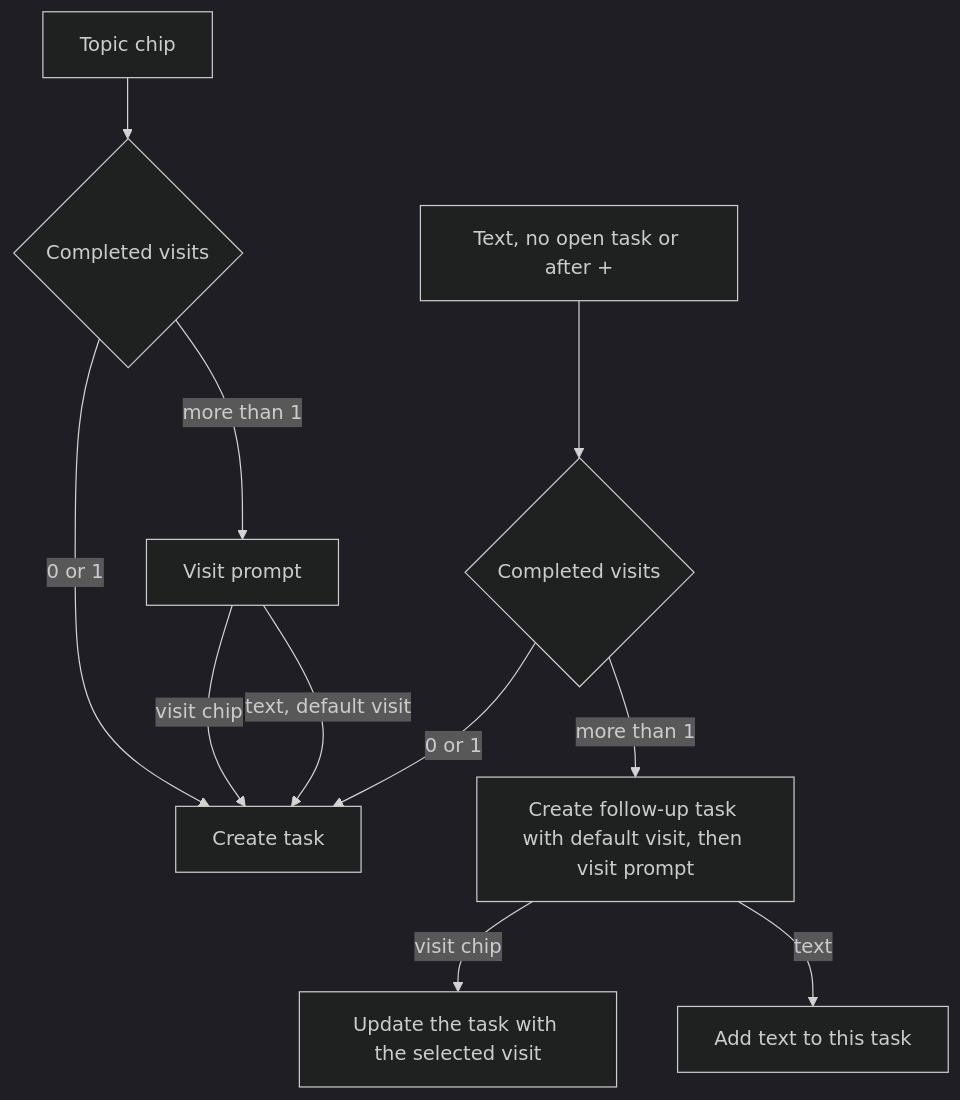
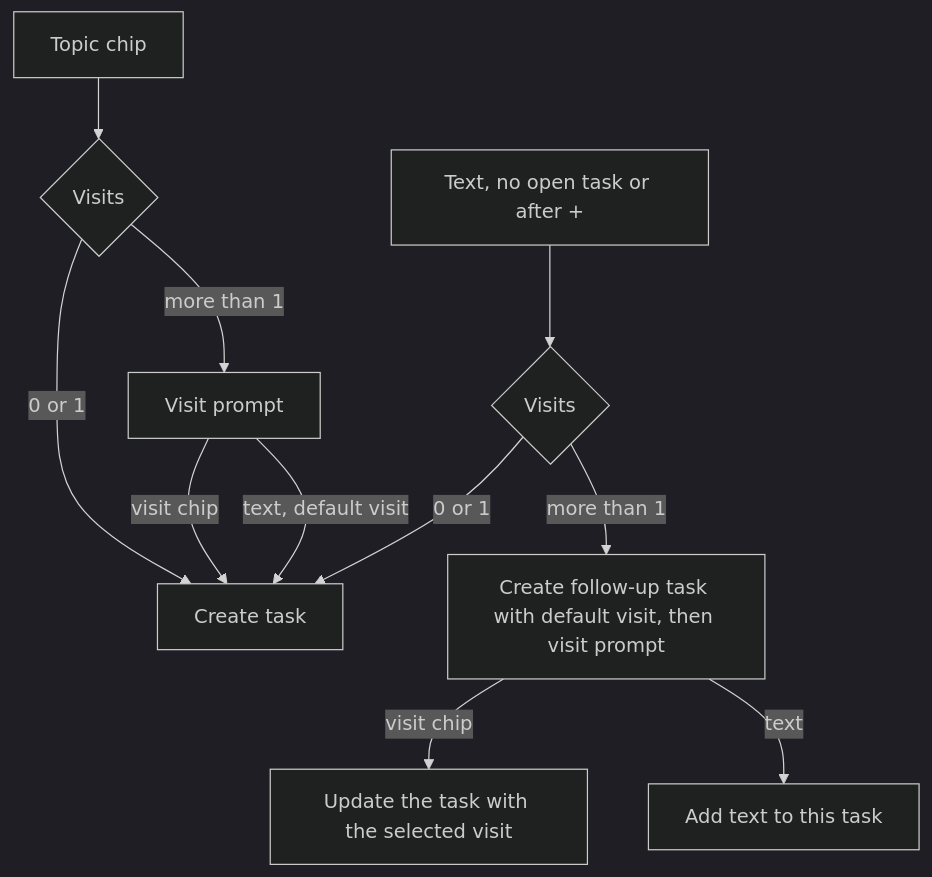
The second of 2 diagrams in docs/patient-requests-support-chat.md (masslight/ottehr), drawn with Mermaid (dark theme) before and after one commit. The commit also changed other lines of this file and 1 other file, not shown here.

Commit message:
feat(support-chat): offer visits in different status

````diff
--- a/docs/patient-requests-support-chat.md
+++ b/docs/patient-requests-support-chat.md
@@ -89,13 +90,13 @@
 ```mermaid
 flowchart TD
-  T[Topic chip] --> TV{Completed visits}
+  T[Topic chip] --> TV{Visits}
   TV -->|0 or 1| C[Create task]
   TV -->|more than 1| TP[Visit prompt]
   TP -->|visit chip| C
   TP -->|text, default visit| C
-  F[Text, no open task or after +] --> FV{Completed visits}
+  F[Text, no open task or after +] --> FV{Visits}
   FV -->|0 or 1| C
   FV -->|more than 1| FC[Create follow-up task with default visit, then visit prompt]
   FC -->|visit chip| U[Update the task with the selected visit]
   FC -->|text| A[Add text to this task]
 ```
````
